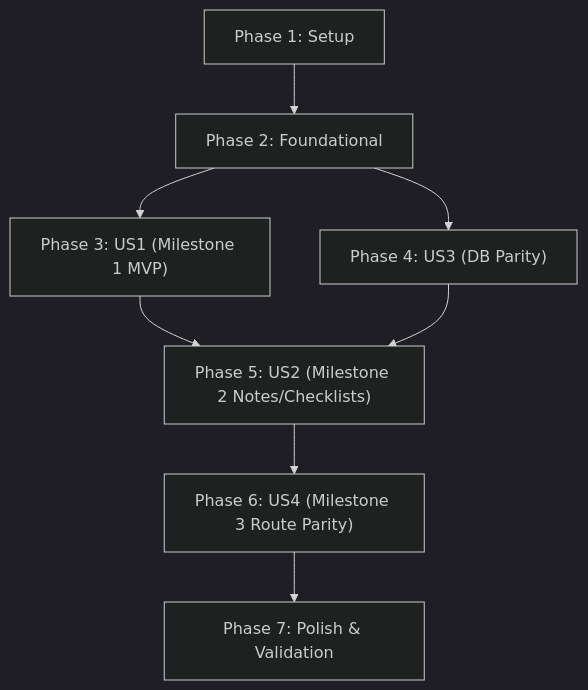
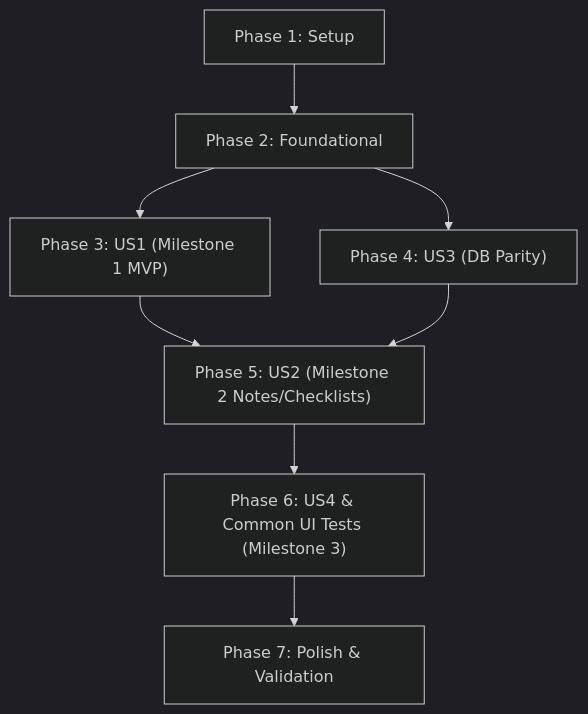
One commit to Crustack/NotallyX changed the diagram in specs/004-kmp-desktop-target/tasks.md. Above: the diagram before and after it, drawn with Mermaid (dark theme). The commit also changed other lines of this file and 134 other files, not shown here.

````diff
--- a/specs/004-kmp-desktop-target/tasks.md
+++ b/specs/004-kmp-desktop-target/tasks.md
@@ -156,10 +163,10 @@
 ```mermaid
 graph TD
     Phase1["Phase 1: Setup"] --> Phase2["Phase 2: Foundational"]
     Phase2 --> Phase3["Phase 3: US1 (Milestone 1 MVP)"]
     Phase2 --> Phase4["Phase 4: US3 (DB Parity)"]
     Phase3 --> Phase5["Phase 5: US2 (Milestone 2 Notes/Checklists)"]
     Phase4 --> Phase5
-    Phase5 --> Phase6["Phase 6: US4 (Milestone 3 Route Parity)"]
+    Phase5 --> Phase6["Phase 6: US4 & Common UI Tests (Milestone 3)"]
     Phase6 --> Phase7["Phase 7: Polish & Validation"]
 ```
````
